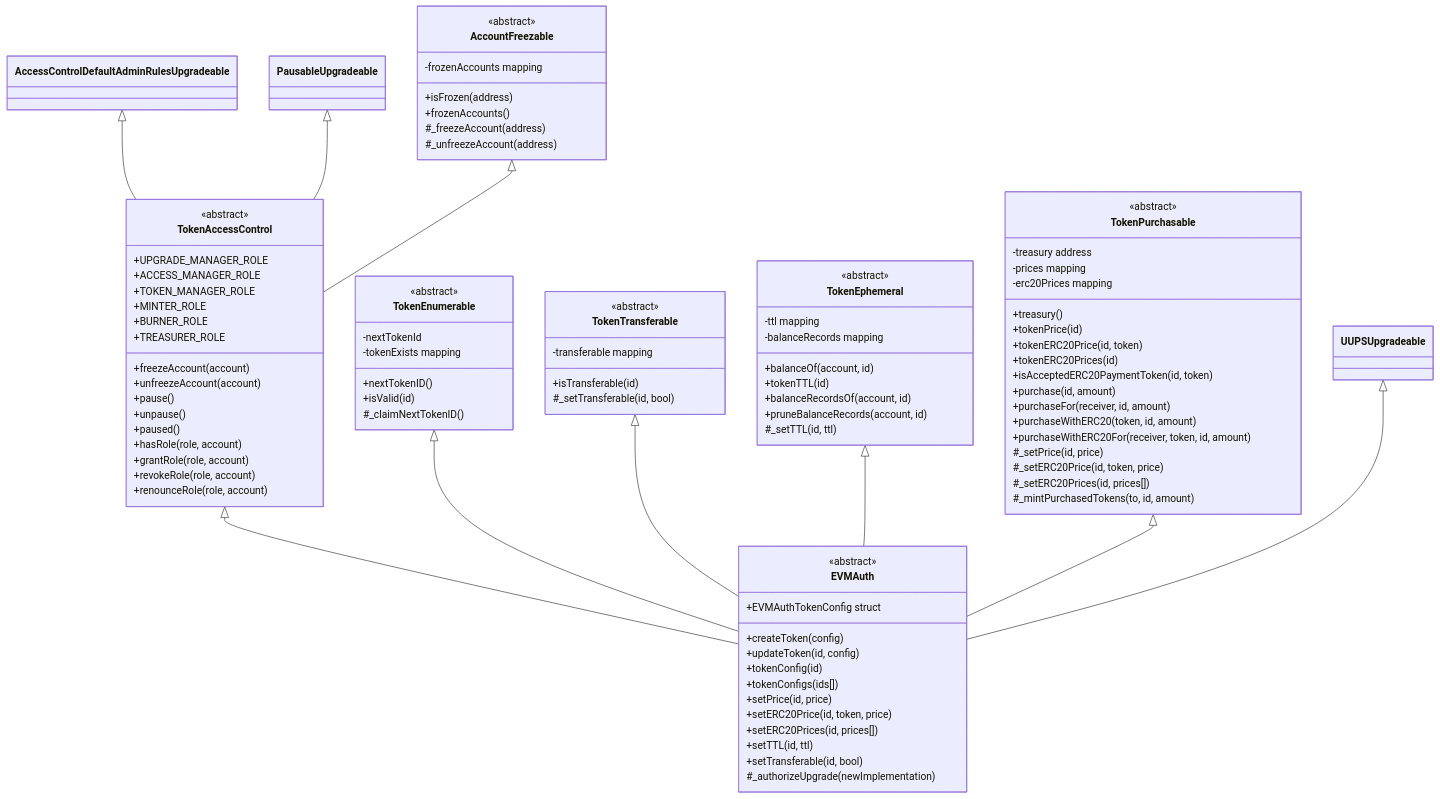
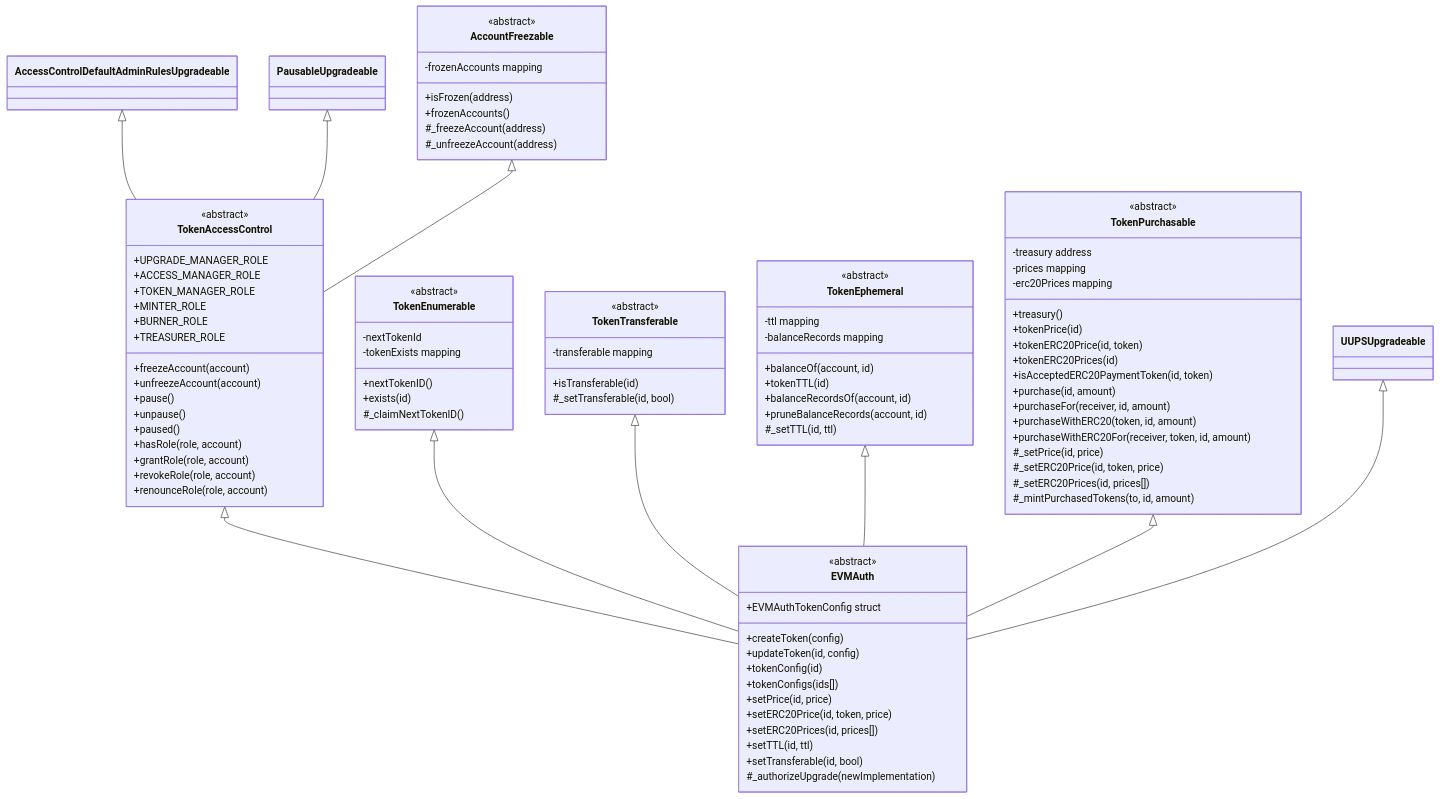
Before and after one commit to glanzz/evmauth-core: the first of 3 diagrams in src/README.md, drawn with Mermaid. The commit also changed other lines of this file and 4 other files, not shown here.

```diff
--- a/src/README.md
+++ b/src/README.md
@@ -49,7 +49,7 @@
         -nextTokenId
         -tokenExists mapping
         +nextTokenID()
-        +isValid(id)
+        +exists(id)
         #_claimNextTokenID()
     }
     
```
